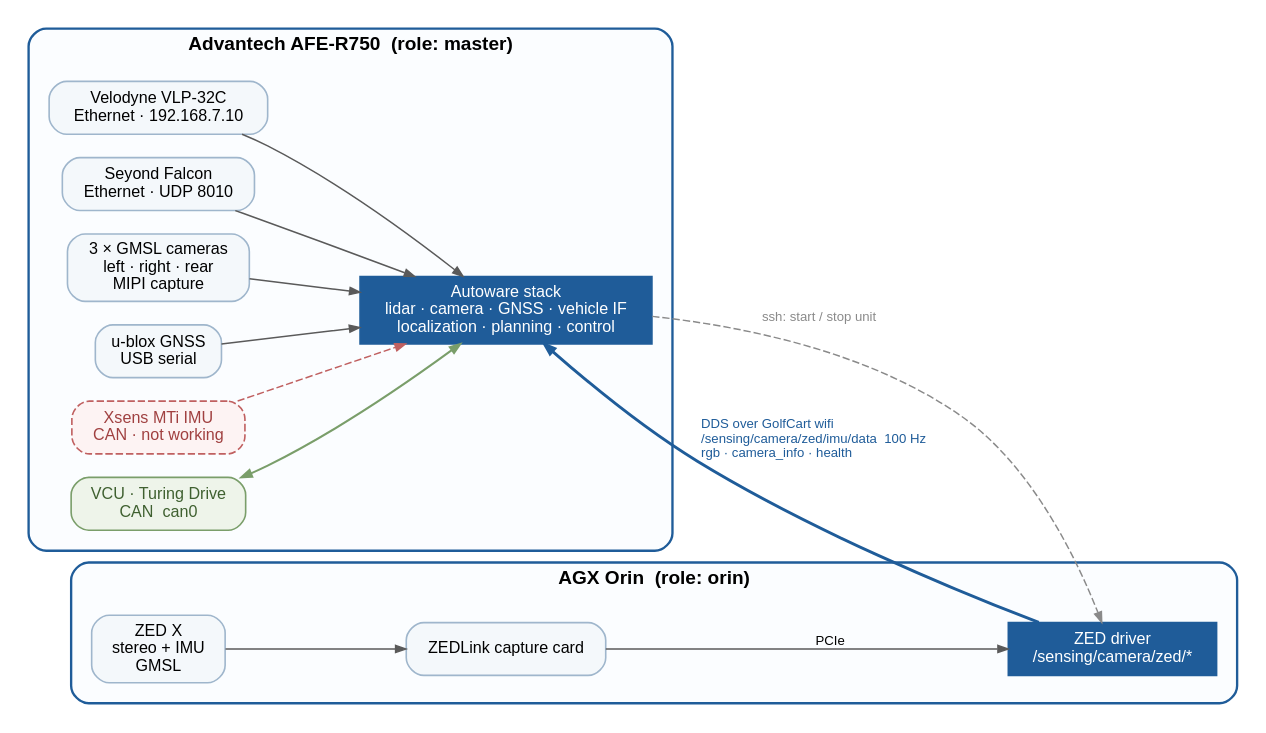
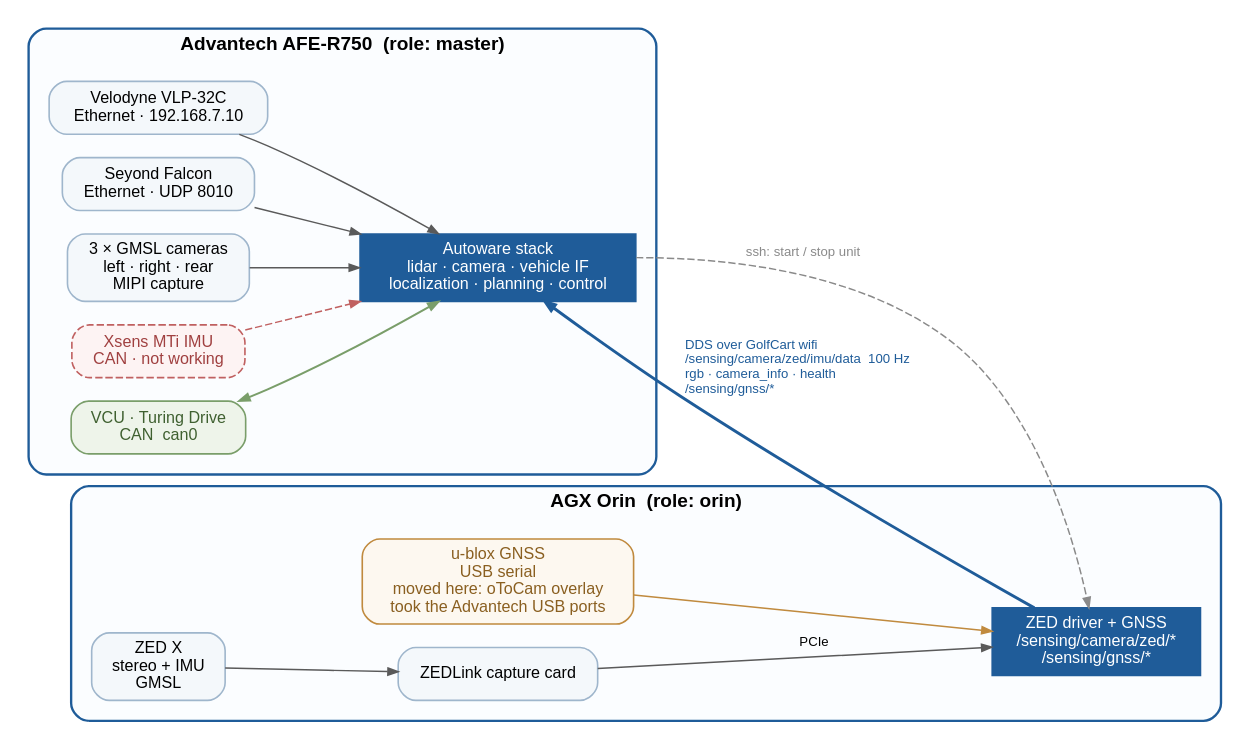
One commit to NEWSLabNTU/2026-golf-cart changed the diagram in docs/reports/assets/sensor_wiring.dot. Above: the diagram before and after it, drawn with Graphviz. The commit also changed 3 other files, not shown here.

First line of the commit message:
docs(report): u-blox is on the Orin, not the Advantech

```diff
--- a/docs/reports/assets/sensor_wiring.dot
+++ b/docs/reports/assets/sensor_wiring.dot
@@ -1,76 +1,81 @@
 // Sensor wiring across the two machines.
 //
 //   dot -Tpng -Gdpi=150 sensor_wiring.dot -o sensor_wiring.png
 //
 // Ownership is taken from config/recording/{master,orin}_topics.txt, which is
 // the authoritative record of which host publishes what. Connection types come
 // from the sensor kit configs: Velodyne and Falcon are Ethernet, the GMSL
 // cameras are MIPI capture, u-blox is USB serial, and the IMU and VCU are CAN.
+//
+// The u-blox sits on the ORIN, not the Advantech. That is a consequence, not a
+// preference: the oToCam device tree overlay costs the Advantech its USB ports,
+// so the one USB sensor moved to the machine that still has them.
 
 digraph sensors {
   rankdir=LR;
   bgcolor="white";
   compound=true;
   nodesep=0.22;
   ranksep=0.85;
   fontname="Helvetica";
   node  [shape=box, style="rounded,filled", fontname="Helvetica", fontsize=11,
          color="#9fb6cc", fillcolor="#f4f8fb", penwidth=1.1, margin="0.12,0.07"];
   edge  [fontname="Helvetica", fontsize=9, color="#5a5a5a", arrowsize=0.7];
 
   // ── Advantech ─────────────────────────────────────────────────────────────
   subgraph cluster_master {
     label="Advantech AFE-R750  (role: master)";
     fontsize=13; fontname="Helvetica-Bold";
     color="#1f5c99"; penwidth=1.6; style=rounded; bgcolor="#fbfdff";
     margin=14;
 
     vlp    [label="Velodyne VLP-32C\nEthernet · 192.168.7.10"];
     falcon [label="Seyond Falcon\nEthernet · UDP 8010"];
     cams   [label="3 × GMSL cameras\nleft · right · rear\nMIPI capture"];
-    gnss   [label="u-blox GNSS\nUSB serial"];
     xsens  [label="Xsens MTi IMU\nCAN · not working", color="#c06060",
             fillcolor="#fdf3f3", fontcolor="#a04040",
             style="rounded,filled,dashed"];
     vcu    [label="VCU · Turing Drive\nCAN  can0", fillcolor="#eef4ea",
             color="#7a9e6a", fontcolor="#3f6030"];
 
-    adv    [label="Autoware stack\nlidar · camera · GNSS · vehicle IF\nlocalization · planning · control",
+    adv    [label="Autoware stack\nlidar · camera · vehicle IF\nlocalization · planning · control",
             shape=box, style="filled", fillcolor="#1f5c99", fontcolor="white",
             color="#1f5c99", fontsize=11];
 
     vlp    -> adv;
     falcon -> adv;
     cams   -> adv;
-    gnss   -> adv;
     xsens  -> adv [color="#c06060", style=dashed];
     vcu    -> adv [dir=both, color="#7a9e6a", penwidth=1.4];
   }
 
   // ── Orin ──────────────────────────────────────────────────────────────────
   subgraph cluster_orin {
     label="AGX Orin  (role: orin)";
     fontsize=13; fontname="Helvetica-Bold";
     color="#1f5c99"; penwidth=1.6; style=rounded; bgcolor="#fbfdff";
     margin=14;
 
     zedl [label="ZEDLink capture card"];
-    orin [label="ZED driver\n/sensing/camera/zed/*",
+    gnss [label="u-blox GNSS\nUSB serial\nmoved here: oToCam overlay\ntook the Advantech USB ports",
+          color="#c08a3e", fillcolor="#fdf8f0", fontcolor="#8a5f20"];
+    orin [label="ZED driver + GNSS\n/sensing/camera/zed/*\n/sensing/gnss/*",
           shape=box, style="filled", fillcolor="#1f5c99", fontcolor="white",
           color="#1f5c99", fontsize=11];
 
     zed  [label="ZED X\nstereo + IMU\nGMSL"];
     zed  -> zedl;
     zedl -> orin [label="PCIe"];
+    gnss -> orin [color="#c08a3e"];
   }
 
   // ── the virtual link ──────────────────────────────────────────────────────
   // Not a cable: ROS 2 topics over DDS on the GolfCart wifi AP. The IMU the
   // stack actually uses crosses this link, which is why its latency matters.
-  orin -> adv [label="  DDS over GolfCart wifi\l  /sensing/camera/zed/imu/data  100 Hz\l  rgb · camera_info · health\l",
+  orin -> adv [label="  DDS over GolfCart wifi\l  /sensing/camera/zed/imu/data  100 Hz\l  rgb · camera_info · health\l  /sensing/gnss/*\l",
                style=bold, color="#1f5c99", fontcolor="#1f5c99",
                penwidth=2.0, constraint=false];
   adv  -> orin [label="  ssh: start / stop unit\l",
                 style=dashed, color="#8a8a8a", fontcolor="#8a8a8a",
                 constraint=false];
 }
```
